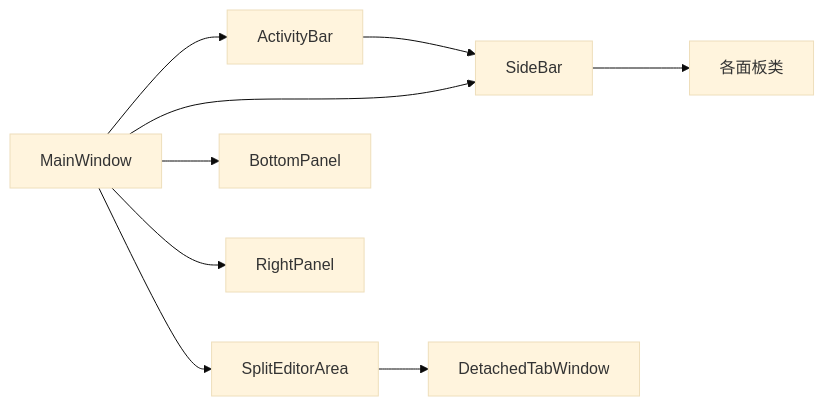
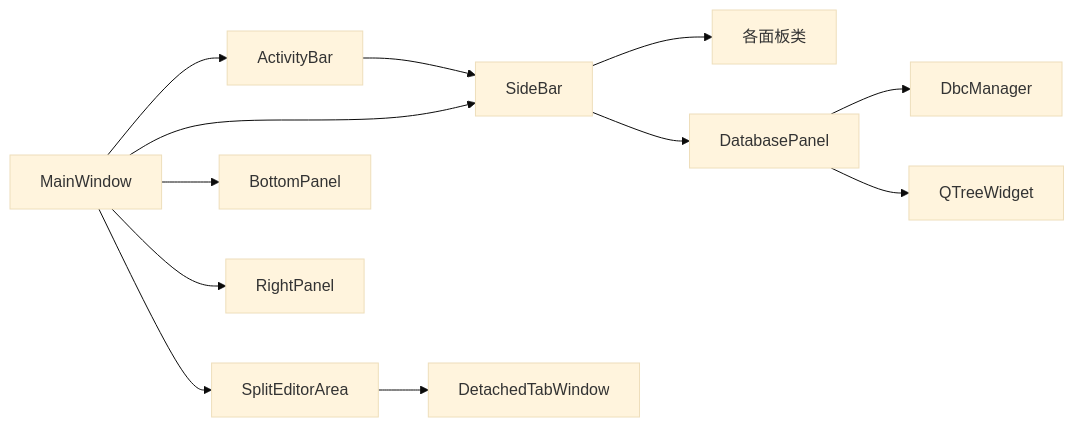
The seventh of 7 diagrams in .qoder/repowiki/zh/content/架构设计/UI系统设计/工具栏系统.md (jakecai1225-design/OpenBus), drawn with Mermaid (base theme) before and after one commit. The commit also changed other lines of this file and 223 other files, not shown here.

````diff
--- a/.qoder/repowiki/zh/content/架构设计/UI系统设计/工具栏系统.md
+++ b/.qoder/repowiki/zh/content/架构设计/UI系统设计/工具栏系统.md
@@ -356,11 +422,14 @@
 ```mermaid
 graph LR
 AB["ActivityBar"] --> SB["SideBar"]
 SB --> Panels["各面板类"]
+SB --> DBP["DatabasePanel"]
+DBP --> DBCMgr["DbcManager"]
+DBP --> Tree["QTreeWidget"]
 MW["MainWindow"] --> AB
 MW --> SB
 MW --> SE["SplitEditorArea"]
 MW --> BP["BottomPanel"]
 MW --> RP["RightPanel"]
 SE --> DTW["DetachedTabWindow"]
 ```
````
